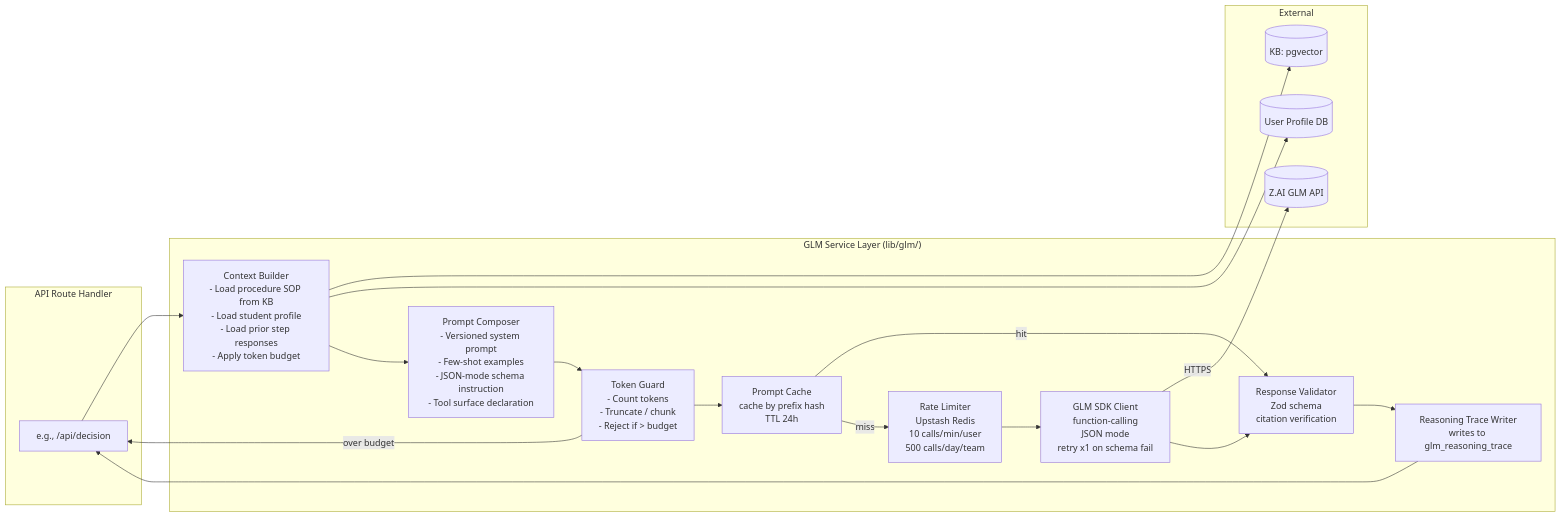
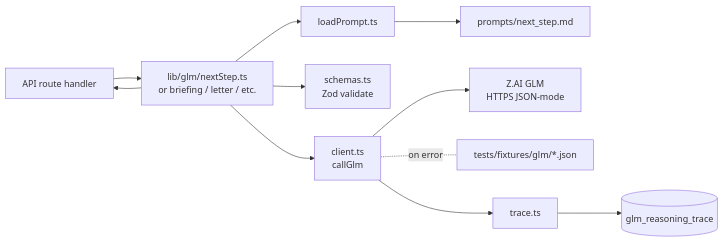
Before and after one commit to ZenBen5173/uniguide: the second of 5 diagrams in docs/SAD.md, drawn with Mermaid. The commit also changed other lines of this file and 3 other files, not shown here.

````diff
--- a/docs/SAD.md
+++ b/docs/SAD.md
@@ -114,38 +136,13 @@
 ```mermaid
 flowchart LR
-    subgraph "API Route Handler"
-        Handler[e.g., /api/decision]
-    end
-
-    subgraph "GLM Service Layer (lib/glm/)"
-        ContextBuilder[Context Builder<br/>- Load procedure SOP from KB<br/>- Load student profile<br/>- Load prior step responses<br/>- Apply token budget]
-        PromptComposer[Prompt Composer<br/>- Versioned system prompt<br/>- Few-shot examples<br/>- JSON-mode schema instruction<br/>- Tool surface declaration]
-        TokenGuard[Token Guard<br/>- Count tokens<br/>- Truncate / chunk<br/>- Reject if &gt; budget]
-        Cache[Prompt Cache<br/>cache by prefix hash<br/>TTL 24h]
-        RateLimit[Rate Limiter<br/>Upstash Redis<br/>10 calls/min/user<br/>500 calls/day/team]
-        GLMSDK[GLM SDK Client<br/>function-calling<br/>JSON mode<br/>retry x1 on schema fail]
-        ResponseValidator[Response Validator<br/>Zod schema<br/>citation verification]
-        TraceWriter[Reasoning Trace Writer<br/>writes to glm_reasoning_trace]
-    end
-
-    subgraph "External"
-        ZGLM[(Z.AI GLM API)]
-        KB[(KB: pgvector)]
-        Profile[(User Profile DB)]
-    end
-
-    Handler --> ContextBuilder
-    ContextBuilder --> KB
-    ContextBuilder --> Profile
-    ContextBuilder --> PromptComposer
-    PromptComposer --> TokenGuard
-    TokenGuard -->|over budget| Handler
-    TokenGuard --> Cache
-    Cache -->|hit| ResponseValidator
-    Cache -->|miss| RateLimit
-    RateLimit --> GLMSDK
-    GLMSDK -->|HTTPS| ZGLM
-    GLMSDK --> ResponseValidator
-    ResponseValidator --> TraceWriter
-    TraceWriter --> Handler
+    Caller[API route handler] --> Endpoint[lib/glm/nextStep.ts<br/>or briefing / letter / etc.]
+    Endpoint --> LoadPrompt[loadPrompt.ts]
+    LoadPrompt --> PromptFile[prompts/next_step.md]
+    Endpoint --> Schema[schemas.ts<br/>Zod validate]
+    Endpoint --> Client[client.ts<br/>callGlm]
+    Client --> ZAI[Z.AI GLM<br/>HTTPS JSON-mode]
+    Client -.on error.- Fixture[tests/fixtures/glm/*.json]
+    Client --> Trace[trace.ts]
+    Trace --> DB[(glm_reasoning_trace)]
+    Endpoint --> Caller
 ```
````
